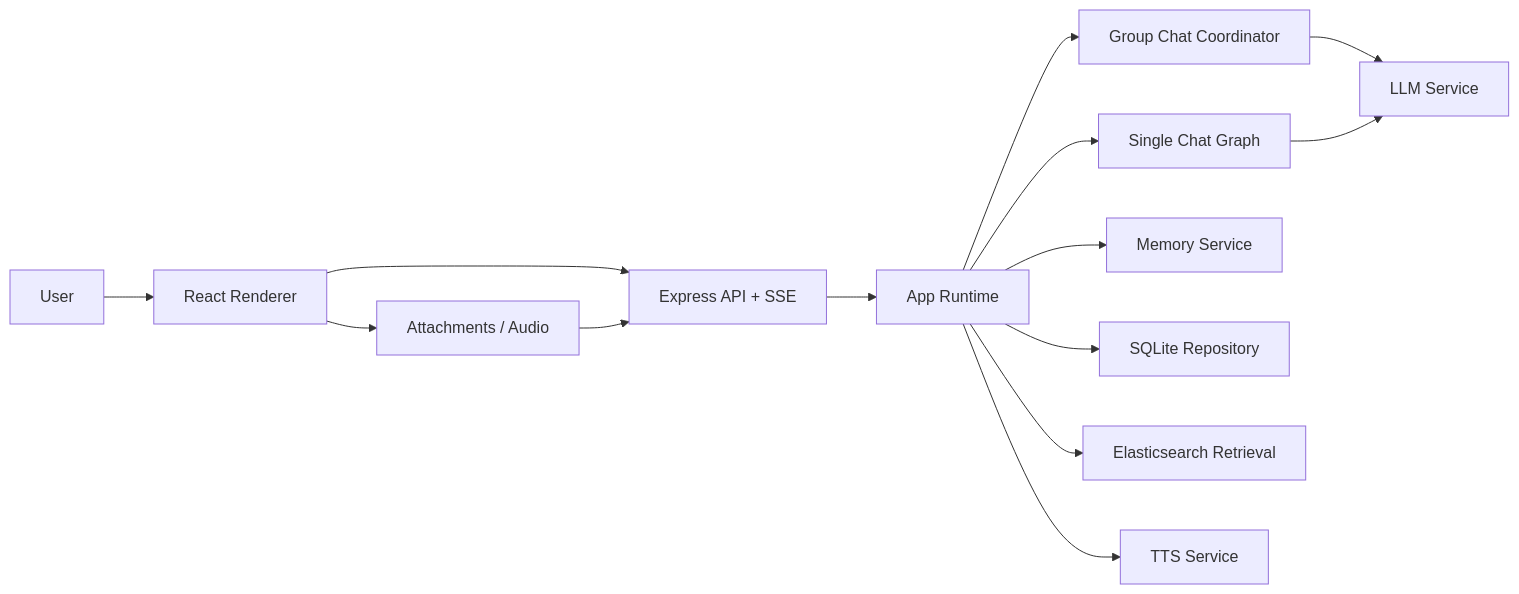
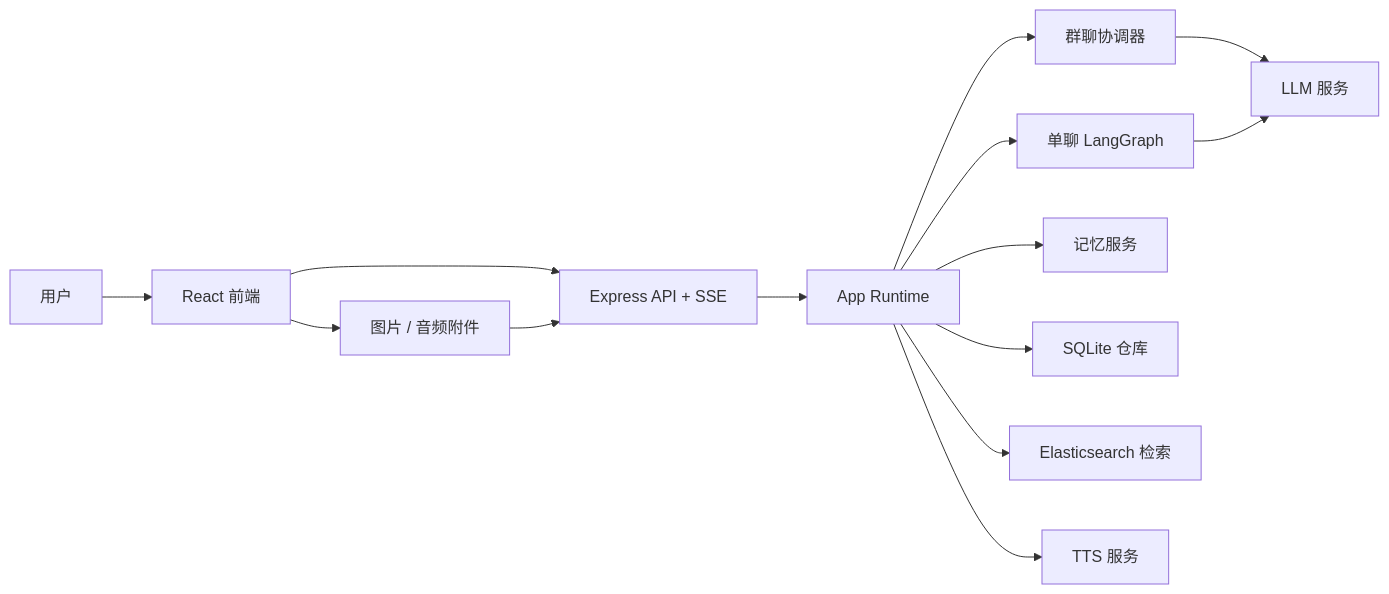
The first of 2 diagrams in README.md (davent10086/SenrenTalk), drawn with Mermaid before and after one commit. The commit also changed other lines of this file and 49 other files, not shown here.

Commit message:
feat: ship group chat v2 room experience

````diff
--- a/README.md
+++ b/README.md
@@ -43,16 +57,16 @@
 ```mermaid
 flowchart LR
-    U["User"] --> UI["React Renderer"]
+    U["用户"] --> UI["React 前端"]
     UI --> API["Express API + SSE"]
     API --> RT["App Runtime"]
-    RT --> GC["Group Chat Coordinator"]
-    RT --> SC["Single Chat Graph"]
-    GC --> LLM["LLM Service"]
+    RT --> GC["群聊协调器"]
+    RT --> SC["单聊 LangGraph"]
+    GC --> LLM["LLM 服务"]
     SC --> LLM
-    RT --> MEM["Memory Service"]
-    RT --> DB["SQLite Repository"]
-    RT --> ES["Elasticsearch Retrieval"]
-    RT --> TTS["TTS Service"]
-    UI --> MEDIA["Attachments / Audio"]
+    RT --> MEM["记忆服务"]
+    RT --> DB["SQLite 仓库"]
+    RT --> ES["Elasticsearch 检索"]
+    RT --> TTS["TTS 服务"]
+    UI --> MEDIA["图片 / 音频附件"]
     MEDIA --> API
 ```
````
